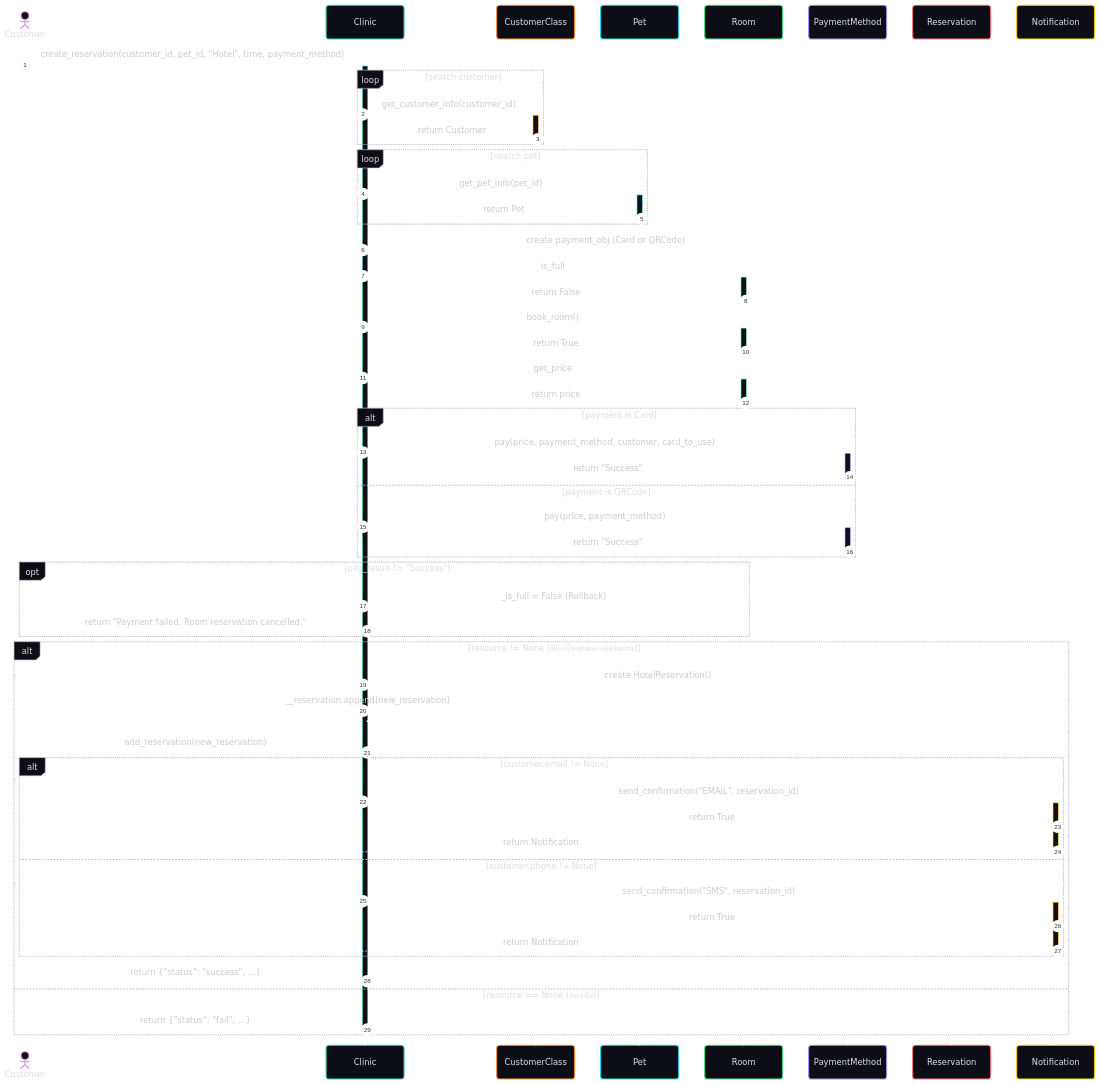
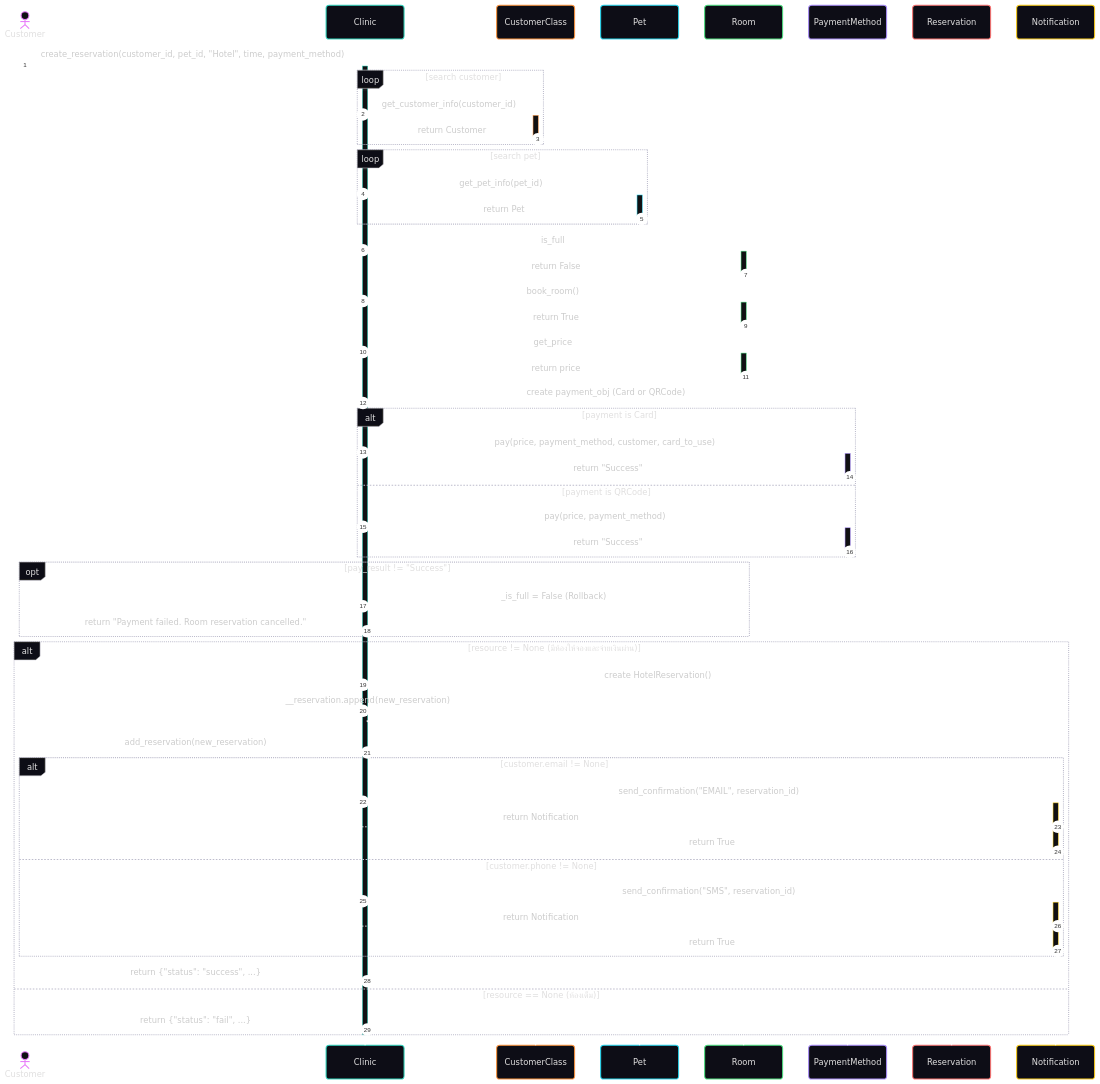
Before and after one commit to HiruKub/OOP-PROJECT_BASECODE: the diagram in SequenceDiagram/Hotel Reservation-2026-02-21-120105.mmd, drawn with Mermaid. The commit also changed 1 other file, not shown here.

Commit message:
refactor: streamline payment creation and enhance reservation logic in Clinic class

```diff
--- a/SequenceDiagram/Hotel Reservation-2026-02-21-120105.mmd
+++ b/SequenceDiagram/Hotel Reservation-2026-02-21-120105.mmd
@@ -1,69 +1,71 @@
 ---
 config:
   look: neo
   theme: redux-dark-color
 ---
+
 sequenceDiagram
+    autonumber
     actor Customer
     participant Clinic
     participant CustomerClass
     participant Pet
     participant Room
     participant PaymentMethod
     participant Reservation
     participant Notification
-    autonumber
     
     Customer->>+Clinic: create_reservation(customer_id, pet_id, "Hotel", time, payment_method)
     
     loop search customer
         Clinic->>+CustomerClass: get_customer_info(customer_id)
         CustomerClass-->>-Clinic: return Customer
     end
     
     loop search pet
-        Clinic ->>+ Pet: get_pet_info(pet_id)
-        Pet -->>- Clinic: return Pet
+        Clinic->>+Pet: get_pet_info(pet_id)
+        Pet-->>-Clinic: return Pet
     end
     
-    Clinic->>PaymentMethod: create payment_obj (Card or QRCode)
-
     Clinic->>+Room: is_full
-    Room-->>-Clinic: return False
+    Room-->>-Clinic: return False 
     Clinic->>+Room: book_room()
     Room-->>-Clinic: return True
     Clinic->>+Room: get_price
     Room-->>-Clinic: return price
+    Clinic->>PaymentMethod: create payment_obj (Card or QRCode)
 
     alt payment is Card
         Clinic->>+PaymentMethod: pay(price, payment_method, customer, card_to_use)
         PaymentMethod-->>-Clinic: return "Success"
     else payment is QRCode
         Clinic->>+PaymentMethod: pay(price, payment_method)
         PaymentMethod-->>-Clinic: return "Success"
     end
 
     opt pay_result != "Success"
         Clinic->>Room: _is_full = False (Rollback)
         Clinic-->>Customer: return "Payment failed. Room reservation cancelled."
     end
 
     alt resource != None (มีห้องให้จองและจ่ายเงินผ่าน)
         Clinic->>Reservation: create HotelReservation()
         Clinic->>Clinic: __reservation.append(new_reservation)
         Clinic->>Customer: add_reservation(new_reservation)
 
         alt customer.email != None
             Clinic->>+Notification: send_confirmation("EMAIL", reservation_id)
-            Notification-->>Clinic: return True
-            Notification -->>- Customer: return Notification 
+            Notification-->>Customer: return Notification 
+            Notification-->>-Clinic: return True
         else customer.phone != None
             Clinic->>+Notification: send_confirmation("SMS", reservation_id)
-            Notification-->>Clinic: return True
-            Notification -->>- Customer: return Notification
+            Notification-->>Customer: return Notification
+            Notification-->>-Clinic: return True
         end
         
         Clinic-->>Customer: return {"status": "success", ...}
     else resource == None (ห้องเต็ม)
-        Clinic-->>-Customer: return {"status": "fail", ...}
+        Clinic-->>Customer: return {"status": "fail", ...}
     end
+    
+    deactivate Clinic
```
